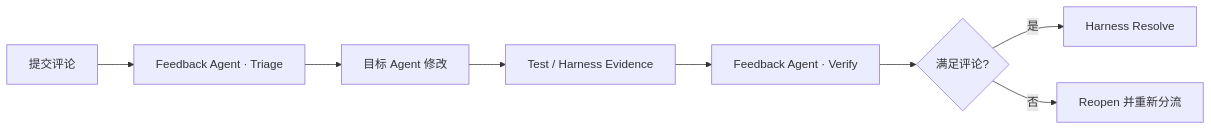
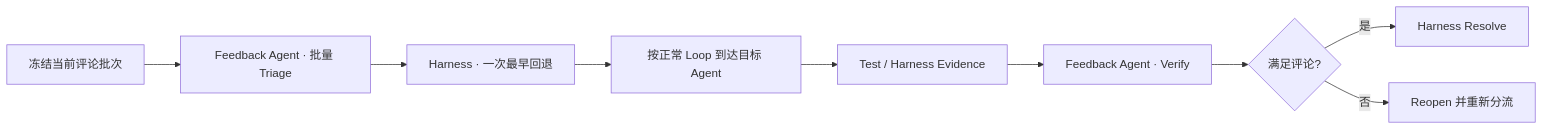
Before and after one commit to InspireChina/ai4se-loop-workflow: the second of 3 diagrams in docs/l4-loop-handbook.md, drawn with Mermaid. The commit also changed other lines of this file and 17 other files, not shown here.

````diff
--- a/docs/l4-loop-handbook.md
+++ b/docs/l4-loop-handbook.md
@@ -248,10 +248,11 @@
 ```mermaid
 flowchart LR
-    comment["提交评论"] --> triage["Feedback Agent · Triage"]
-    triage --> target["目标 Agent 修改"]
+    comment["冻结当前评论批次"] --> triage["Feedback Agent · 批量 Triage"]
+    triage --> frontier["Harness · 一次最早回退"]
+    frontier --> target["按正常 Loop 到达目标 Agent"]
     target --> evidence["Test / Harness Evidence"]
     evidence --> verify["Feedback Agent · Verify"]
     verify --> result{"满足评论?"}
     result -->|"是"| resolved["Harness Resolve"]
     result -->|"否"| reopen["Reopen 并重新分流"]
 ```
````
